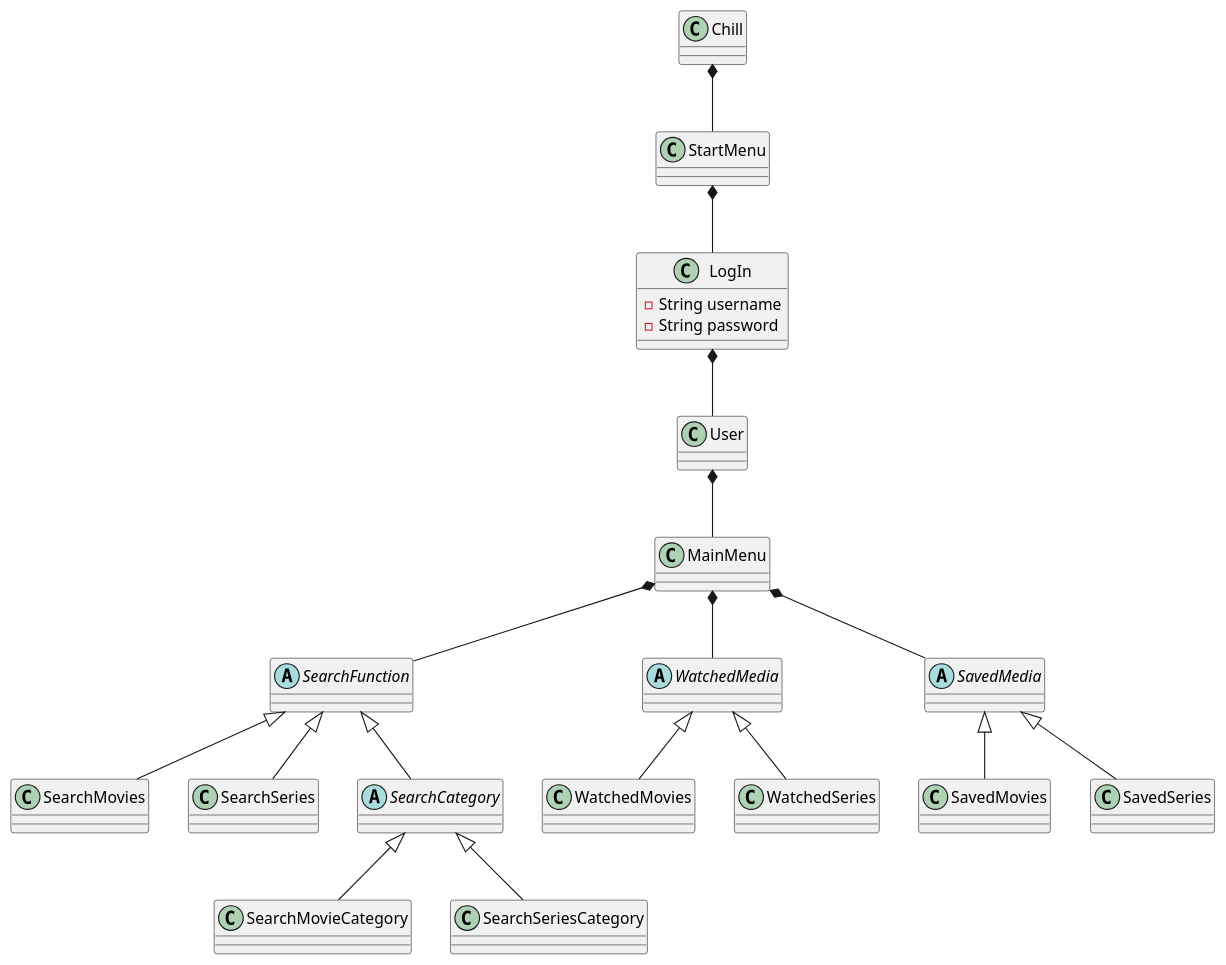
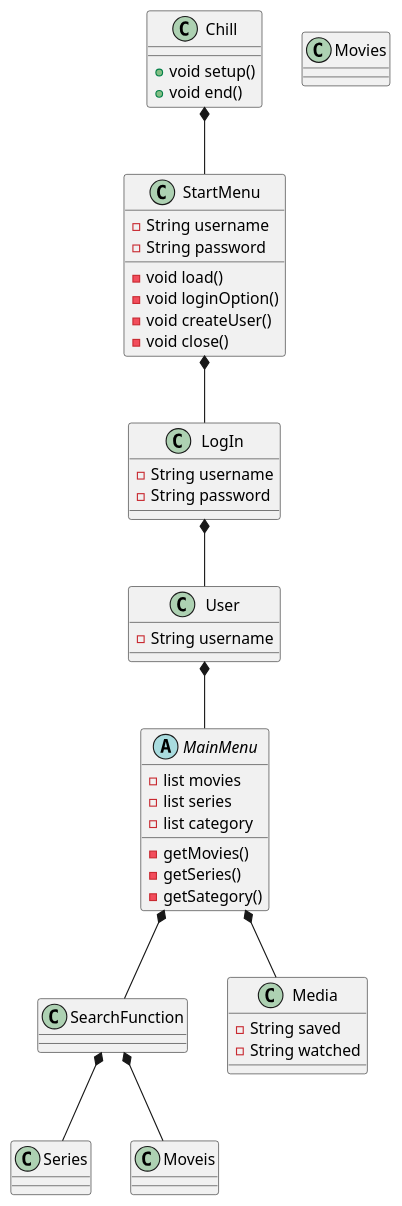
One commit to KnogleMau/SP3---Streamingtjeneste changed the diagram in SP3/.idea/KlasseDiagram.puml. Above: the diagram before and after it, drawn with PlantUML.

Commit message:
Updated Klassediagram

```diff
--- a/SP3/.idea/KlasseDiagram.puml
+++ b/SP3/.idea/KlasseDiagram.puml
@@ -1,52 +1,68 @@
 @startuml
 'https://plantuml.com/class-diagram
 
-Class Chill
-Class StartMenu
+Class Chill{
+
++void setup()
++void end()
+}
+
+Class StartMenu{
+-void load()
+-String username
+-String password
+-void loginOption()
+-void createUser()
+-void close()
+
+}
+
 Class LogIn{
 -String username
 -String password
+
 }
 
-Class User
-Class MainMenu{
+Class User{
+-String username
 
 }
-Abstract SearchFunction
-Abstract WatchedMedia
-Abstract SavedMedia
-Class SearchMovies
-Class SearchSeries
-Abstract SearchCategory
-Class SearchMovieCategory
-Class SearchSeriesCategory
-Class WatchedMovies
-Class WatchedSeries
-Class SavedMovies
-Class SavedSeries
+
+Abstract MainMenu{
+-list movies
+-list series
+-list category
+-getMovies()
+-getSeries()
+-getSategory()
+
+
+}
+
+Class SearchFunction{
+
+}
+
+Class Media{
+-String saved
+-String watched
+}
+
+Class Movies{
+}
+
+Class Series{
+}
 
 Chill *-- StartMenu
 StartMenu *-- LogIn
 LogIn *-- User
 User *-- MainMenu
 
 MainMenu *-- SearchFunction
-MainMenu *-- WatchedMedia
-MainMenu *-- SavedMedia
+MainMenu *--Media
 
-SearchFunction <|-- SearchMovies
-SearchCategory <|-- SearchMovieCategory
-SearchFunction <|-- SearchCategory
-SearchFunction <|-- SearchSeries
-SearchCategory <|-- SearchSeriesCategory
-
-WatchedMedia <|-- WatchedMovies
-WatchedMedia <|-- WatchedSeries
-
-SavedMedia <|-- SavedMovies
-SavedMedia <|-- SavedSeries
-
-
-
+SearchFunction *-- Moveis
+SearchFunction *-- Series
 
 @enduml
```
